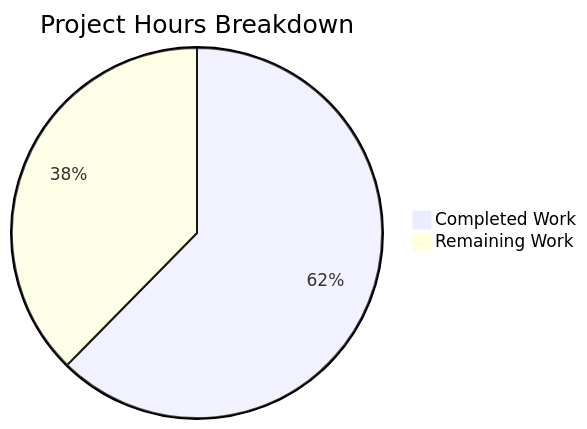
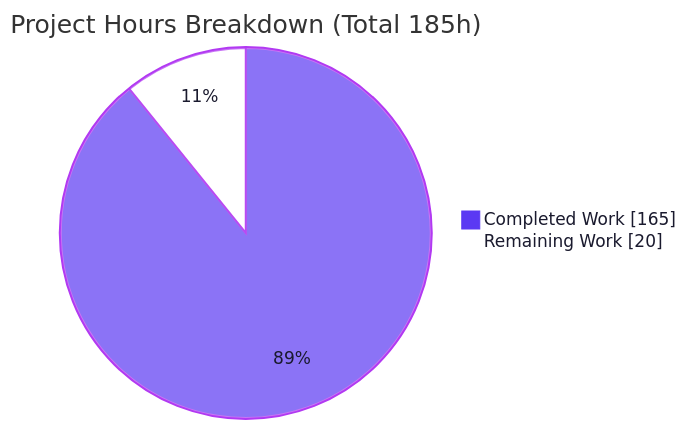
One commit to blitzy-public-samples/blitzy-WebVella-ERP changed the second of 3 diagrams in blitzy/documentation/Project Guide.md. Above: the diagram before and after it, drawn with Mermaid. The commit also changed other lines of this file, not shown here.

Commit message:
Adding Blitzy Project Guide: Project Status and Human Tasks Remaining

````diff
--- a/blitzy/documentation/Project Guide.md
+++ b/blitzy/documentation/Project Guide.md
@@ -55,5 +206,6 @@
 ```mermaid
-pie title Project Hours Breakdown
-    "Completed Work" : 58
-    "Remaining Work" : 35
+%%{init: {"theme": "base", "themeVariables": {"pie1": "#5B39F3", "pie2": "#FFFFFF", "pieStrokeColor": "#B23AF2", "pieOuterStrokeColor": "#B23AF2", "pieSectionTextColor": "#1A1A2E", "pieLegendTextColor": "#1A1A2E"}}}%%
+pie showData title Project Hours Breakdown (Total 185h)
+    "Completed Work" : 165
+    "Remaining Work" : 20
 ```
````
